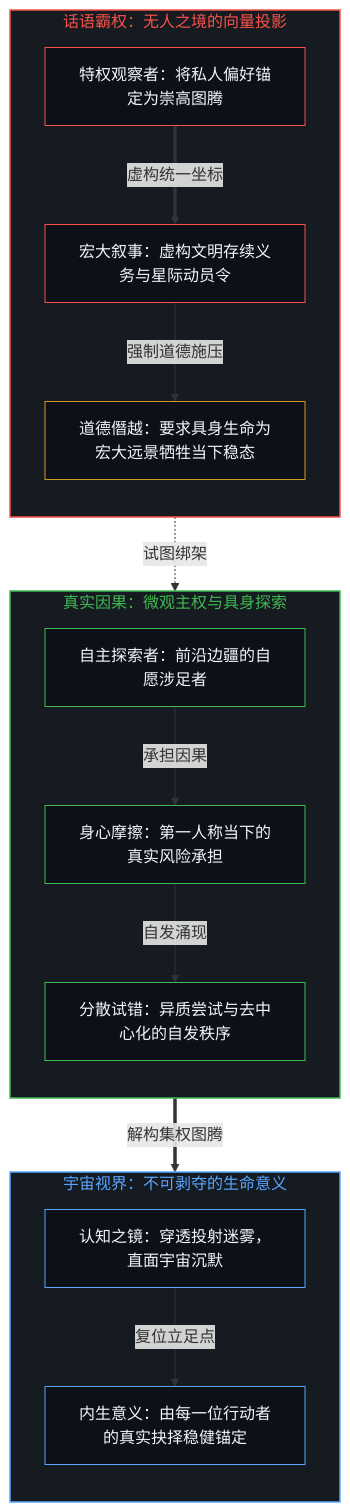
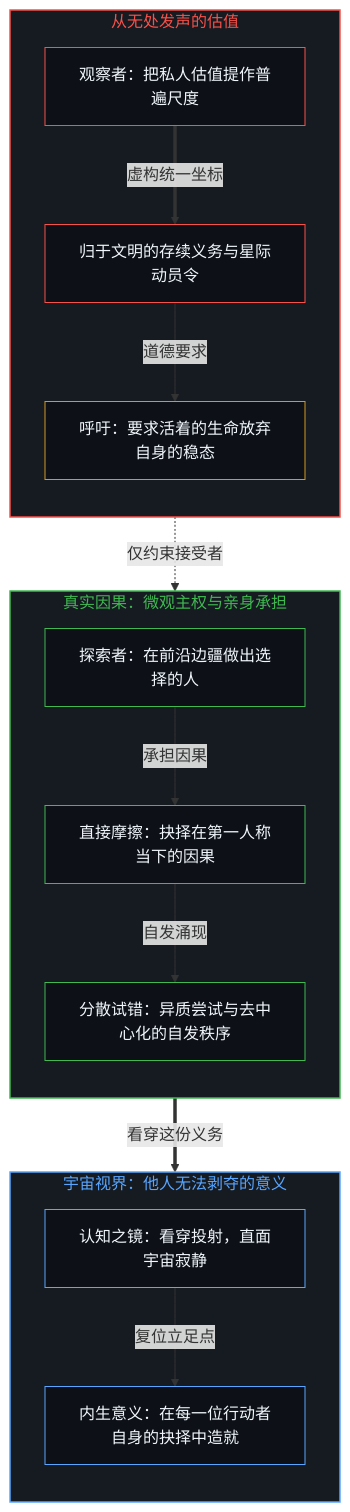
One commit to powerpig99/not-a-toe changed the fifth of 6 diagrams in content/posts/the-fermi-paradox-reified-agency-and-the-great-filter.md. Above: the diagram before and after it, drawn with Mermaid. The commit also changed other lines of this file and 1 other file, not shown here.

````diff
--- a/content/posts/the-fermi-paradox-reified-agency-and-the-great-filter.md
+++ b/content/posts/the-fermi-paradox-reified-agency-and-the-great-filter.md
@@ -217,45 +217,45 @@
 ```mermaid
 flowchart TD
-    subgraph S_Hegemony ["话语霸权：无人之境的向量投影"]
+    subgraph S_Hegemony ["从无处发声的估值"]
         direction TB
-        VEC["特权观察者：将私人偏好锚定为崇高图腾"]
-        TOTEM["宏大叙事：虚构文明存续义务与星际动员令"]
-        COERCION["道德僭越：要求具身生命为宏大远景牺牲当下稳态"]
+        VEC["观察者：把私人估值提作普遍尺度"]
+        TOTEM["归于文明的存续义务与星际动员令"]
+        COERCION["呼吁：要求活着的生命放弃自身的稳态"]
     end
 
-    subgraph S_Micro ["真实因果：微观主权与具身探索"]
+    subgraph S_Micro ["真实因果：微观主权与亲身承担"]
         direction TB
-        IND["自主探索者：前沿边疆的自愿涉足者"]
-        SKIN["身心摩擦：第一人称当下的真实风险承担"]
+        IND["探索者：在前沿边疆做出选择的人"]
+        SKIN["直接摩擦：抉择在第一人称当下的因果"]
         EVO["分散试错：异质尝试与去中心化的自发秩序"]
     end
 
-    subgraph S_Horizon ["宇宙视界：不可剥夺的生命意义"]
+    subgraph S_Horizon ["宇宙视界：他人无法剥夺的意义"]
         direction TB
-        MIRROR["认知之镜：穿透投射迷雾，直面宇宙沉默"]
-        MEANING["内生意义：由每一位行动者的真实抉择稳健锚定"]
+        MIRROR["认知之镜：看穿投射，直面宇宙寂静"]
+        MEANING["内生意义：在每一位行动者自身的抉择中造就"]
     end
 
     VEC ==>|"虚构统一坐标"| TOTEM
-    TOTEM -->|"强制道德施压"| COERCION
-    COERCION -.->|"试图绑架"| IND
+    TOTEM -->|"道德要求"| COERCION
+    COERCION -.->|"仅约束接受者"| IND
 
     IND -->|"承担因果"| SKIN
     SKIN -->|"自发涌现"| EVO
 
-    EVO ==>|"解构集权图腾"| MIRROR
+    EVO ==>|"看穿这份义务"| MIRROR
     MIRROR -->|"复位立足点"| MEANING
 
     style S_Hegemony fill:#161b22,stroke:#f85149,stroke-width:1.5px,color:#f85149
     style S_Micro fill:#161b22,stroke:#3fb950,stroke-width:1.5px,color:#3fb950
     style S_Horizon fill:#161b22,stroke:#58a6ff,stroke-width:1.5px,color:#58a6ff
 
     style VEC fill:#0d1117,stroke:#f85149,stroke-width:1px,color:#f0f6fc
     style TOTEM fill:#0d1117,stroke:#f85149,stroke-width:1px,color:#f0f6fc
     style COERCION fill:#0d1117,stroke:#d29922,stroke-width:1px,color:#f0f6fc
     style IND fill:#0d1117,stroke:#3fb950,stroke-width:1px,color:#f0f6fc
     style SKIN fill:#0d1117,stroke:#3fb950,stroke-width:1px,color:#f0f6fc
     style EVO fill:#0d1117,stroke:#3fb950,stroke-width:1px,color:#f0f6fc
     style MIRROR fill:#0d1117,stroke:#58a6ff,stroke-width:1px,color:#f0f6fc
     style MEANING fill:#0d1117,stroke:#58a6ff,stroke-width:1px,color:#f0f6fc
 ```
````
